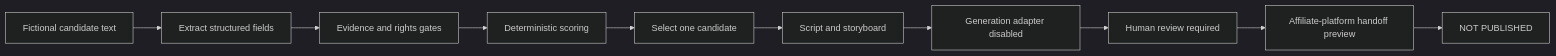
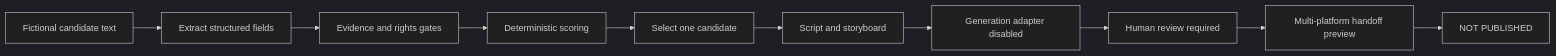
Before and after one commit to mccruz/social-commerce-video-automation: the diagram in docs/architecture.md, drawn with Mermaid (dark theme). The commit also changed other lines of this file and 12 other files, not shown here.

````diff
--- a/docs/architecture.md
+++ b/docs/architecture.md
@@ -5,12 +5,12 @@
 ```mermaid
 flowchart LR
     A[Fictional candidate text] --> B[Extract structured fields]
     B --> C[Evidence and rights gates]
     C --> D[Deterministic scoring]
     D --> E[Select one candidate]
     E --> F[Script and storyboard]
     F --> G[Generation adapter disabled]
     G --> H[Human review required]
-    H --> I[Affiliate-platform handoff preview]
+    H --> I[Multi-platform handoff preview]
     I --> J[NOT PUBLISHED]
 ```
````
